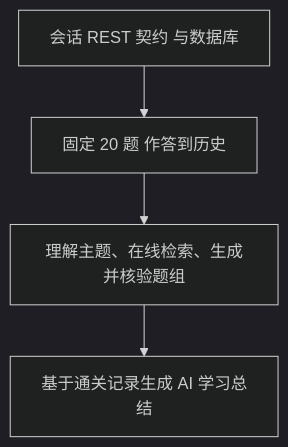
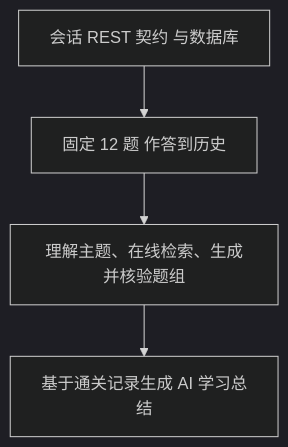
The second of 3 diagrams in docs/方案设计文档.md (Huangbingshuai/ai_learn), drawn with Mermaid (dark theme) before and after one commit. The commit also changed other lines of this file and 16 other files, not shown here.

````diff
--- a/docs/方案设计文档.md
+++ b/docs/方案设计文档.md
@@ -57,6 +57,6 @@
 ```mermaid
 flowchart TD
-    Foundation[会话 REST 契约 与数据库] --> Core[固定 20 题 作答到历史]
+    Foundation[会话 REST 契约 与数据库] --> Core[固定 12 题 作答到历史]
     Core --> Topic[理解主题、在线检索、生成并核验题组]
     Topic --> AISummary[基于通关记录生成 AI 学习总结]
 ```
````
